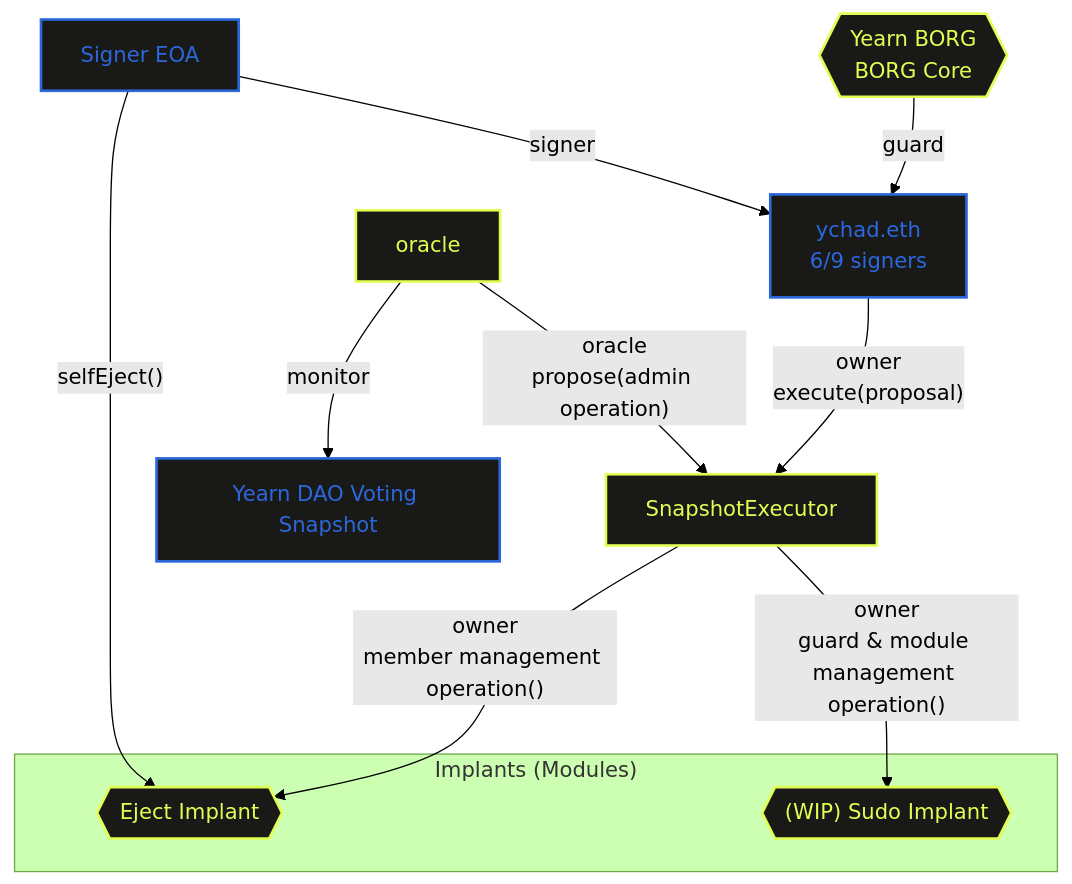
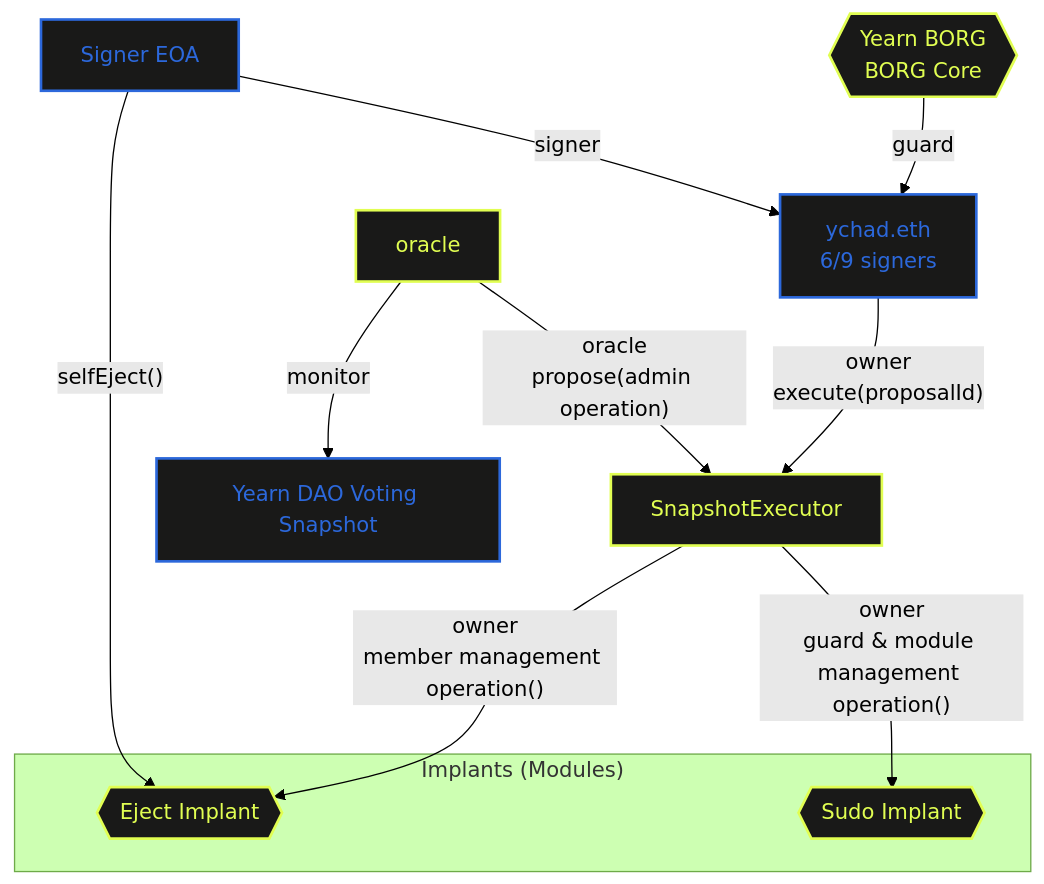
One commit to MetaLex-Tech/borg-core changed the diagram in README-yearnBorg.md. Above: the diagram before and after it, drawn with Mermaid (forest theme). The commit also changed other lines of this file and 2 other files, not shown here.

````diff
--- a/README-yearnBorg.md
+++ b/README-yearnBorg.md
@@ -5,47 +5,47 @@
 ```mermaid
 graph TD
     ychad[ychad.eth<br/>6/9 signers]
     ychadSigner[Signer EOA]
     yearnDaoVoting[Yearn DAO Voting Snapshot]
     
     oracleAddr[oracle]
     
     borg{{Yearn BORG<br>BORG Core}}
 
     subgraph implants["Implants (Modules)"]
         ejectImplant{{Eject Implant}}
-        sudoImplant{{"(WIP) Sudo Implant"}}
+        sudoImplant{{Sudo Implant}}
     end
      
     snapshotExecutor[SnapshotExecutor]
     
     borg -->|"guard"| ychad
 
-    ychad -->|"owner<br>execute(proposal)"| snapshotExecutor
+    ychad -->|"owner<br>execute(proposalId)"| snapshotExecutor
     
     %% implants -->|modules| ychad
     
     ychadSigner -->|signer| ychad
     ychadSigner -->|"selfEject()"| ejectImplant
 
     oracleAddr -->|"oracle<br>propose(admin operation)"| snapshotExecutor      
     oracleAddr -->|monitor| yearnDaoVoting
     
     snapshotExecutor -->|"owner<br>guard & module management operation()"| sudoImplant
     snapshotExecutor -->|"owner<br>member management operation()"| ejectImplant
     
     %% Styling (optional, Mermaid supports limited styling)
     classDef default fill:#191918,stroke:#fff,stroke-width:2px,color:#fff;
     classDef borg fill:#191918,stroke:#E1FE52,stroke-width:2px,color:#E1FE52;
     classDef yearn fill:#191918,stroke:#2C68DB,stroke-width:2px,color:#2C68DB;
     classDef safe fill:#191918,stroke:#76FB8D,stroke-width:2px,color:#76FB8D;
     classDef todo fill:#191918,stroke:#F09B4A,stroke-width:2px,color:#F09B4A;
     class borg borg;
     class ejectImplant borg;
     class sudoImplant borg;
     class snapshotExecutor borg;
     class oracleAddr borg;
     class ychad yearn;
     class ychadSigner yearn;
     class yearnDaoVoting yearn;
 ```
````
